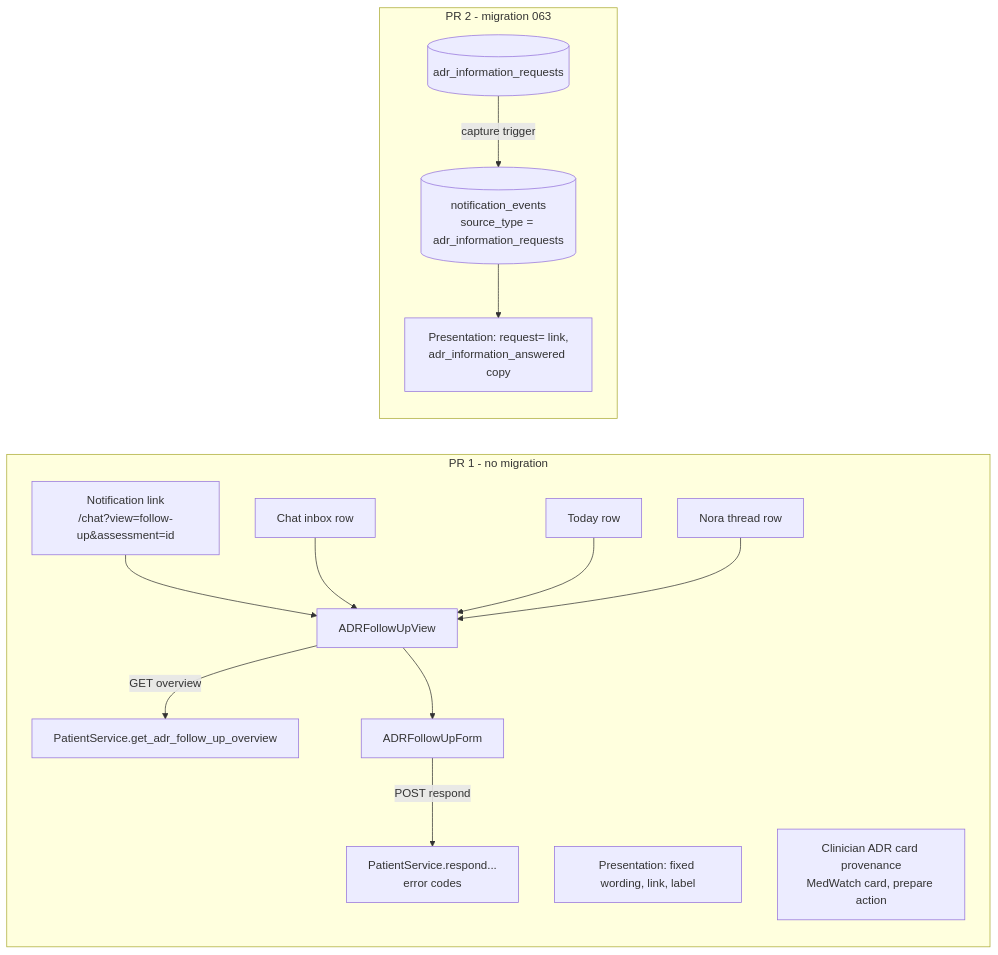
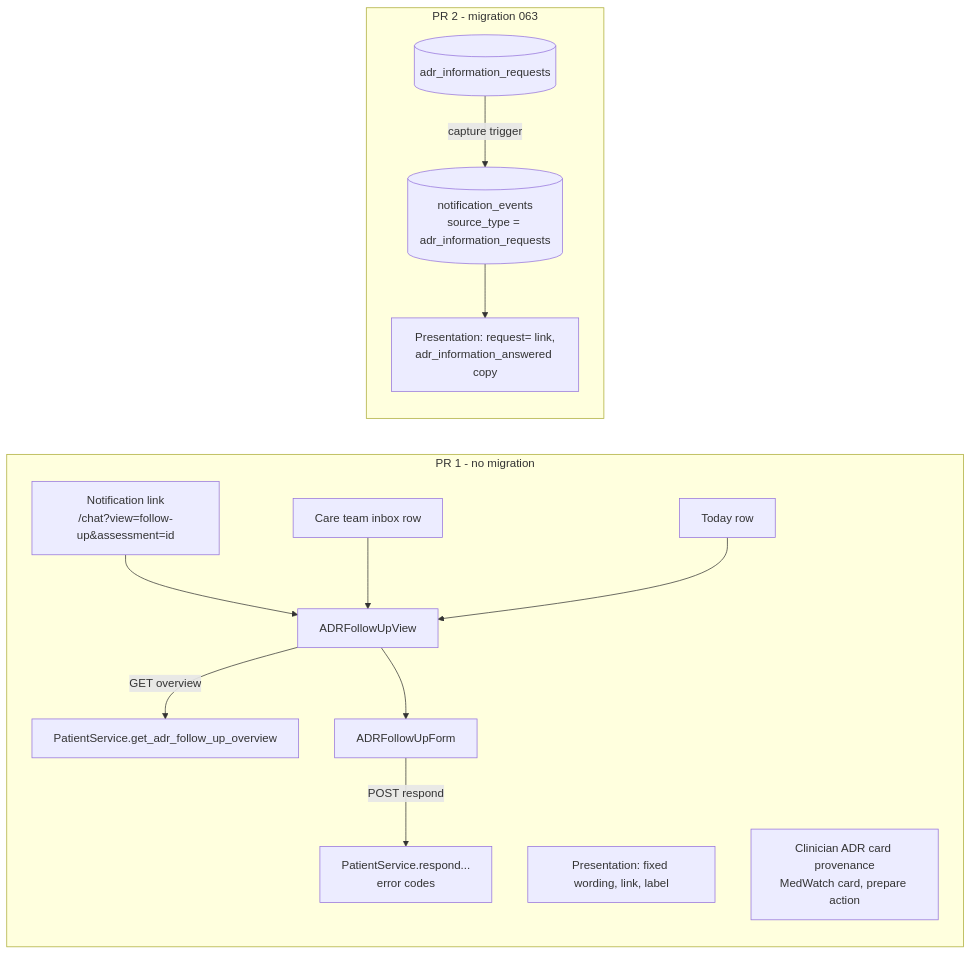
The diagram in .agent/specs/pv-001-c-adr-loop-gap-fixes/design.md (sjsu-masters-projects/medi-agent), drawn with Mermaid before and after one commit. The commit also changed other lines of this file and 22 other files, not shown here.

````diff
--- a/.agent/specs/pv-001-c-adr-loop-gap-fixes/design.md
+++ b/.agent/specs/pv-001-c-adr-loop-gap-fixes/design.md
@@ -38,17 +40,16 @@
 ```mermaid
 flowchart LR
   subgraph PR1["PR 1 - no migration"]
     N[Notification link<br/>/chat?view=follow-up&assessment=id] --> V[ADRFollowUpView]
-    I[Chat inbox row] --> V
+    I[Care team inbox row] --> V
     T[Today row] --> V
-    A[Nora thread row] --> V
     V -->|GET overview| O[PatientService.get_adr_follow_up_overview]
     V --> F[ADRFollowUpForm] -->|POST respond| R[PatientService.respond...<br/>error codes]
     P[Presentation: fixed wording, link, label]
     C[Clinician ADR card provenance<br/>MedWatch card, prepare action]
   end
   subgraph PR2["PR 2 - migration 063"]
     Q[(adr_information_requests)] -->|capture trigger| E[(notification_events<br/>source_type = adr_information_requests)]
     E --> P2[Presentation: request= link,<br/>adr_information_answered copy]
   end
 ```
````
